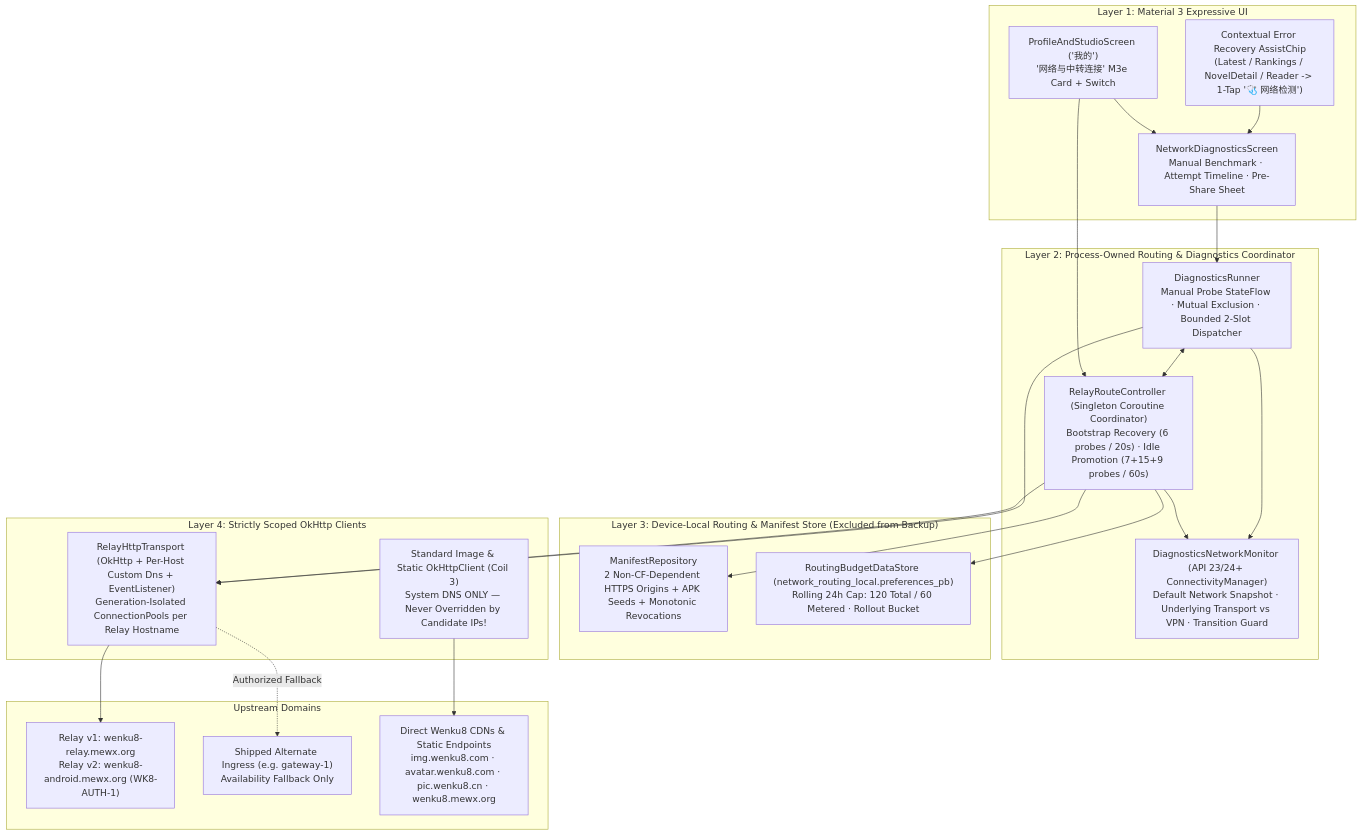
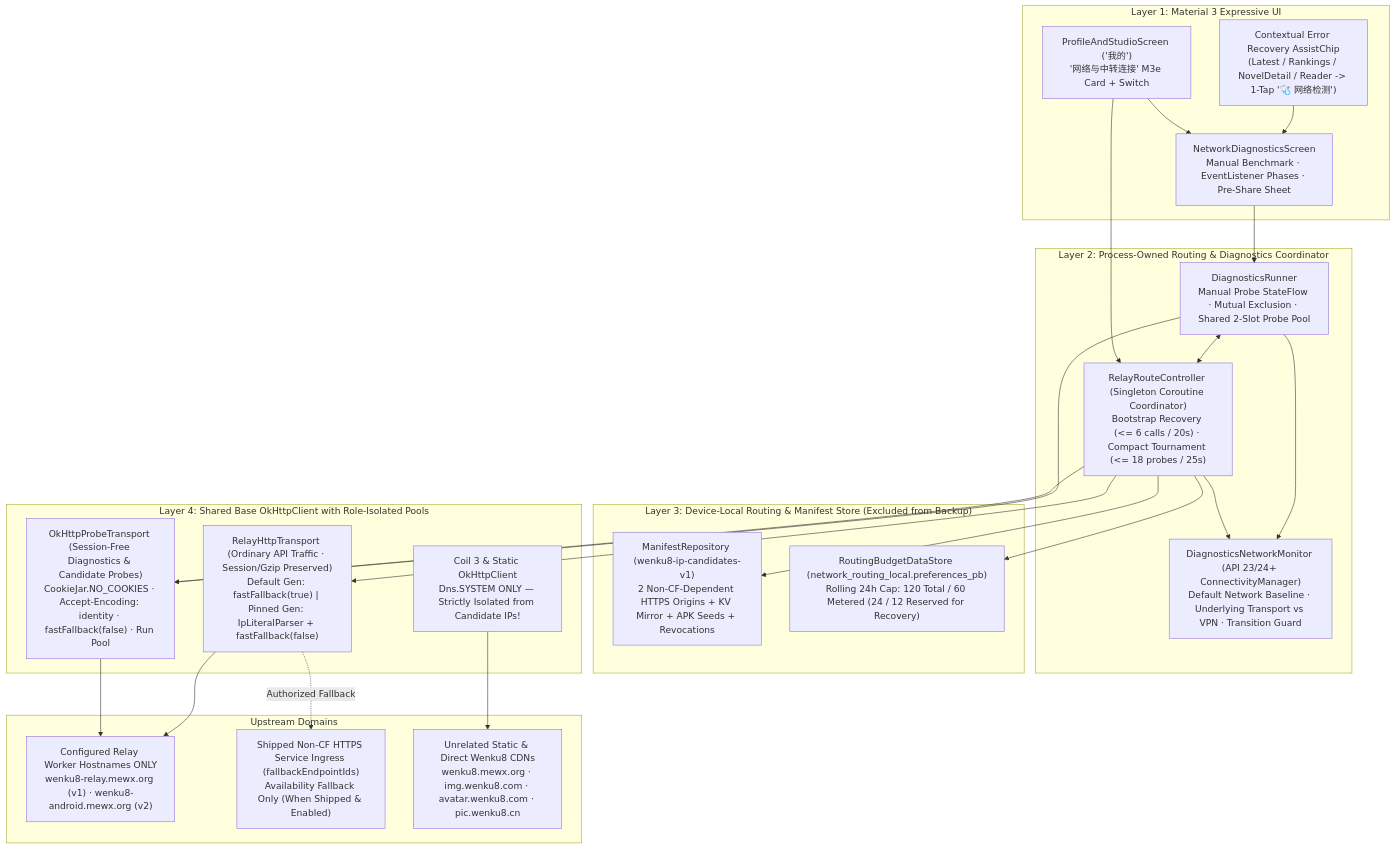
One commit to MewX/light-novel-library_Wenku8_Android changed the diagram in docs/designs/v2/11-network-diagnostics-and-auto-routing-ui.md. Above: the diagram before and after it, drawn with Mermaid. The commit also changed other lines of this file and 7 other files, not shown here.

Commit message:
docs(v2): preserve all v1.31 settings, default Latest home, internal save migration, and compact relay tournament

````diff
--- a/docs/designs/v2/11-network-diagnostics-and-auto-routing-ui.md
+++ b/docs/designs/v2/11-network-diagnostics-and-auto-routing-ui.md
@@ -24,45 +24,48 @@
 ```mermaid
 flowchart TB
     subgraph UI["Layer 1: Material 3 Expressive UI"]
         ProfileCard["ProfileAndStudioScreen ('我的')\n'网络与中转连接' M3e Card + Switch"]
-        DiagScreen["NetworkDiagnosticsScreen\nManual Benchmark · Attempt Timeline · Pre-Share Sheet"]
+        DiagScreen["NetworkDiagnosticsScreen\nManual Benchmark · EventListener Phases · Pre-Share Sheet"]
         ErrorChip["Contextual Error Recovery AssistChip\n(Latest / Rankings / NovelDetail / Reader -> 1-Tap '🩺 网络检测')"]
     end
 
     subgraph Controller["Layer 2: Process-Owned Routing & Diagnostics Coordinator"]
-        RRC["RelayRouteController (Singleton Coroutine Coordinator)\nBootstrap Recovery (6 probes / 20s) · Idle Promotion (7+15+9 probes / 60s)"]
-        DR["DiagnosticsRunner\nManual Probe StateFlow · Mutual Exclusion · Bounded 2-Slot Dispatcher"]
-        NM["DiagnosticsNetworkMonitor (API 23/24+ ConnectivityManager)\nDefault Network Snapshot · Underlying Transport vs VPN · Transition Guard"]
+        RRC["RelayRouteController (Singleton Coroutine Coordinator)\nBootstrap Recovery (<= 6 calls / 20s) · Compact Tournament (<= 18 probes / 25s)"]
+        DR["DiagnosticsRunner\nManual Probe StateFlow · Mutual Exclusion · Shared 2-Slot Probe Pool"]
+        NM["DiagnosticsNetworkMonitor (API 23/24+ ConnectivityManager)\nDefault Network Baseline · Underlying Transport vs VPN · Transition Guard"]
     end
 
     subgraph Persistence["Layer 3: Device-Local Routing & Manifest Store (Excluded from Backup)"]
-        MR["ManifestRepository\n2 Non-CF-Dependent HTTPS Origins + APK Seeds + Monotonic Revocations"]
-        BS["RoutingBudgetDataStore (network_routing_local.preferences_pb)\nRolling 24h Cap: 120 Total / 60 Metered · Rollout Bucket"]
+        MR["ManifestRepository (wenku8-ip-candidates-v1)\n2 Non-CF-Dependent HTTPS Origins + KV Mirror + APK Seeds + Revocations"]
+        BS["RoutingBudgetDataStore (network_routing_local.preferences_pb)\nRolling 24h Cap: 120 Total / 60 Metered (24 / 12 Reserved for Recovery)"]
     end
 
-    subgraph Transport["Layer 4: Strictly Scoped OkHttp Clients"]
-        RHT["RelayHttpTransport (OkHttp + Per-Host Custom Dns + EventListener)\nGeneration-Isolated ConnectionPools per Relay Hostname"]
-        CoilClient["Standard Image & Static OkHttpClient (Coil 3)\nSystem DNS ONLY — Never Overridden by Candidate IPs!"]
+    subgraph Transport["Layer 4: Shared Base OkHttpClient with Role-Isolated Pools"]
+        OPT["OkHttpProbeTransport (Session-Free Diagnostics & Candidate Probes)\nCookieJar.NO_COOKIES · Accept-Encoding: identity · fastFallback(false) · Run Pool"]
+        RHT["RelayHttpTransport (Ordinary API Traffic · Session/Gzip Preserved)\nDefault Gen: fastFallback(true) | Pinned Gen: IpLiteralParser + fastFallback(false)"]
+        CoilClient["Coil 3 & Static OkHttpClient\nDns.SYSTEM ONLY — Strictly Isolated from Candidate IPs!"]
     end
 
     subgraph Upstreams["Upstream Domains"]
-        RelayHosts["Relay v1: wenku8-relay.mewx.org\nRelay v2: wenku8-android.mewx.org (WK8-AUTH-1)"]
-        Gateway["Shipped Alternate Ingress (e.g. gateway-1)\nAvailability Fallback Only"]
-        DirectCDNs["Direct Wenku8 CDNs & Static Endpoints\nimg.wenku8.com · avatar.wenku8.com · pic.wenku8.cn · wenku8.mewx.org"]
+        RelayHosts["Configured Relay Worker Hostnames ONLY\nwenku8-relay.mewx.org (v1) · wenku8-android.mewx.org (v2)"]
+        Gateway["Shipped Non-CF HTTPS Service Ingress (fallbackEndpointIds)\nAvailability Fallback Only (When Shipped & Enabled)"]
+        DirectCDNs["Unrelated Static & Direct Wenku8 CDNs\nwenku8.mewx.org · img.wenku8.com · avatar.wenku8.com · pic.wenku8.cn"]
     end
 
     ProfileCard --> RRC
     ProfileCard --> DiagScreen
     ErrorChip --> DiagScreen
     DiagScreen --> DR
     DR <--> RRC
     RRC --> NM
     DR --> NM
     RRC --> MR
     RRC --> BS
+    RRC --> OPT
     RRC --> RHT
-    DR --> RHT
+    DR --> OPT
+    OPT --> RelayHosts
     RHT --> RelayHosts
     RHT -.->|Authorized Fallback| Gateway
     CoilClient --> DirectCDNs
 ```
````
